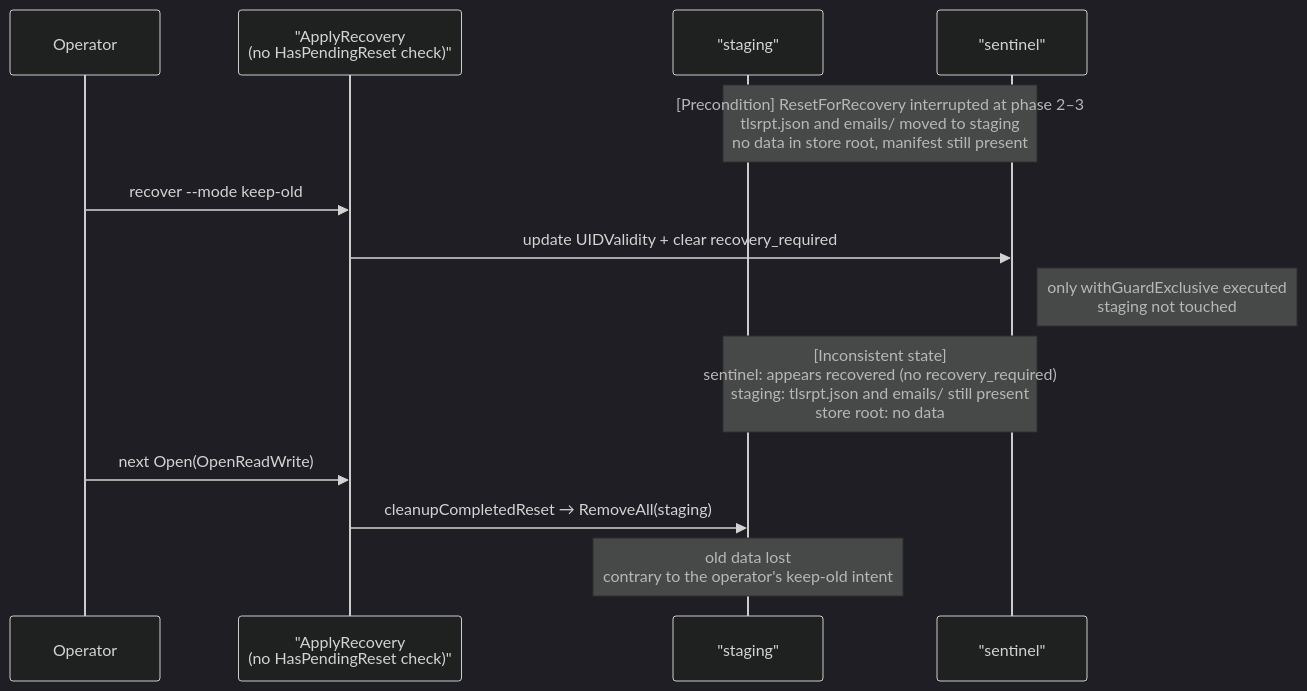
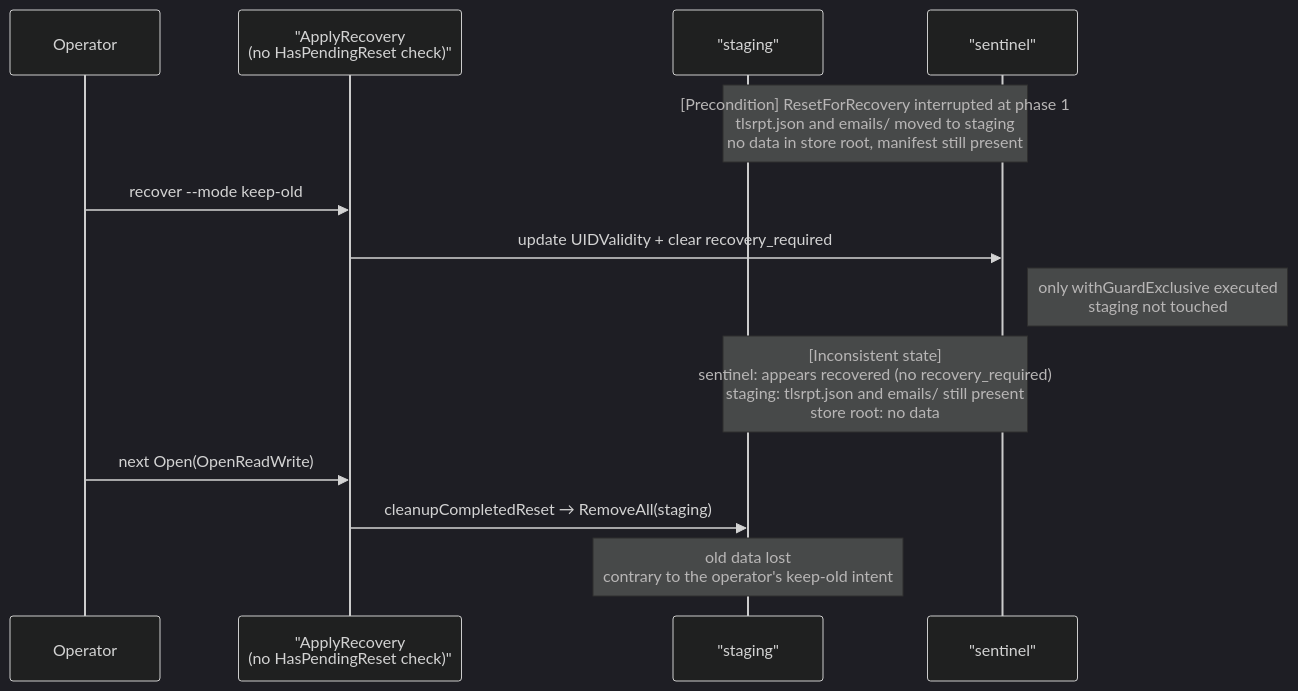
Before and after one commit to isseis/tlsrpt-digest: the third of 4 diagrams in docs/dev/developer_guide/process_locking.md, drawn with Mermaid (dark theme). The commit also changed other lines of this file and 3 other files, not shown here.

````diff
--- a/docs/dev/developer_guide/process_locking.md
+++ b/docs/dev/developer_guide/process_locking.md
@@ -169,19 +168,19 @@
 ```mermaid
 sequenceDiagram
     participant Op as Operator
     participant API as "ApplyRecovery<br>(no HasPendingReset check)"
     participant Stg as "staging"
     participant Sen as "sentinel"
 
-    Note over Stg,Sen: [Precondition] ResetForRecovery interrupted at phase 2–3<br>tlsrpt.json and emails/ moved to staging<br>no data in store root, manifest still present
+    Note over Stg,Sen: [Precondition] ResetForRecovery interrupted at phase 1<br>tlsrpt.json and emails/ moved to staging<br>no data in store root, manifest still present
 
     Op->>API: recover --mode keep-old
     API->>Sen: update UIDValidity + clear recovery_required
     Note right of Sen: only withGuardExclusive executed<br>staging not touched
 
     Note over Stg,Sen: [Inconsistent state]<br>sentinel: appears recovered (no recovery_required)<br>staging: tlsrpt.json and emails/ still present<br>store root: no data
 
     Op->>API: next Open(OpenReadWrite)
     API->>Stg: cleanupCompletedReset → RemoveAll(staging)
     Note over Stg: old data lost<br>contrary to the operator's keep-old intent
 ```
````
